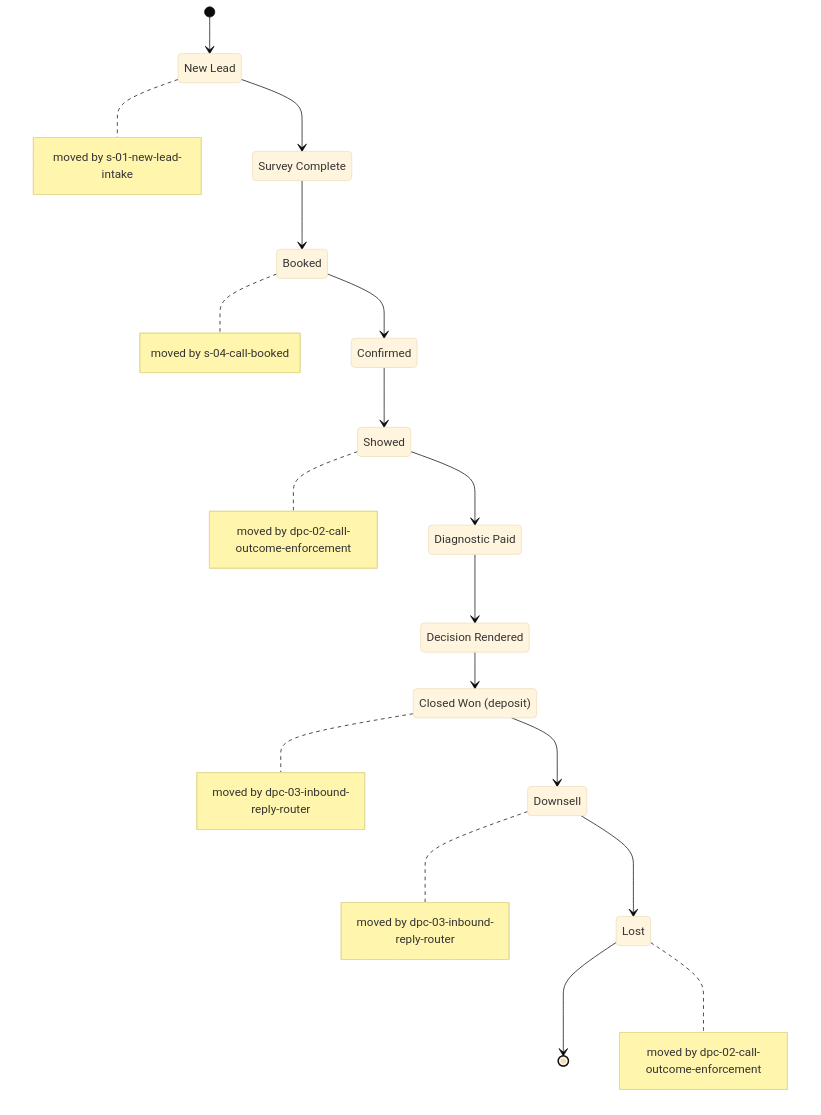
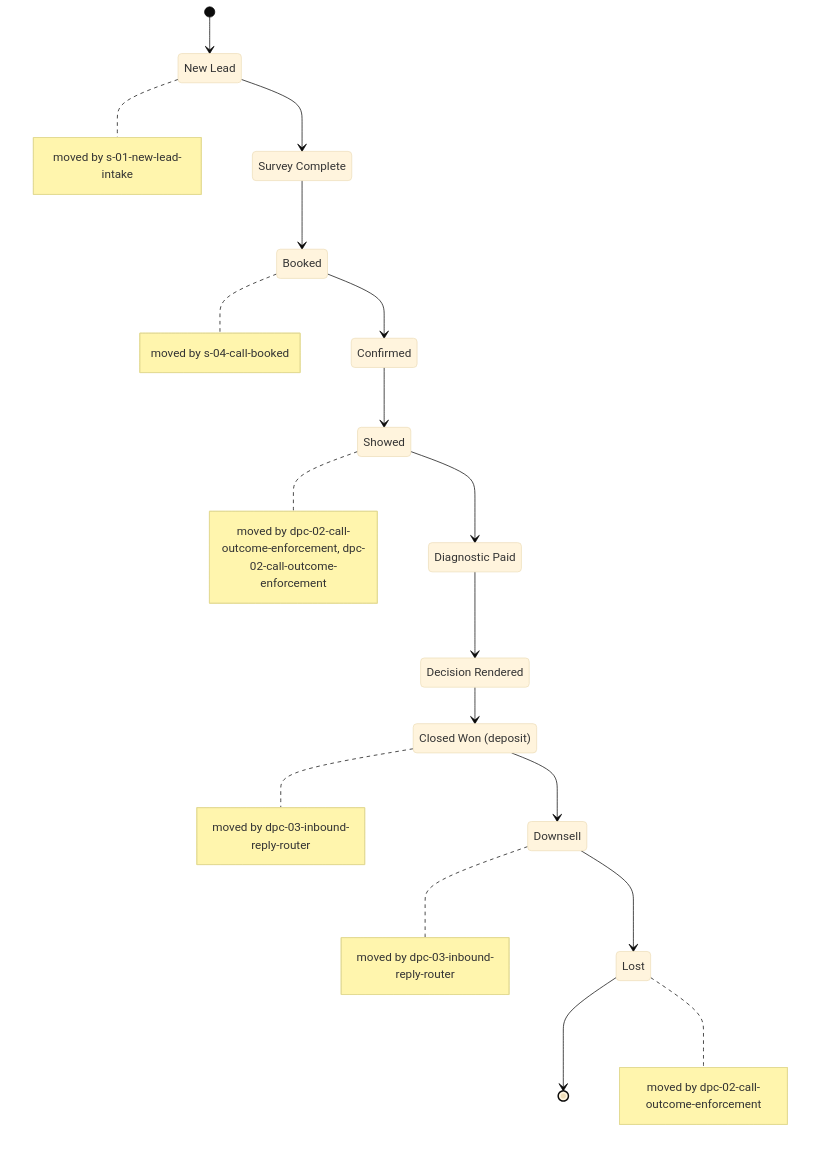
One commit to ZootimusMaximusSupreme/Fundhub_ai changed the diagram in docs/diagrams/rails/sales.md. Above: the diagram before and after it, drawn with Mermaid (base theme). The commit also changed other lines of this file and 23 other files, not shown here.

First line of the commit message:
WIP k3-showed-call: unfinished, saved before usage limit

````diff
--- a/docs/diagrams/rails/sales.md
+++ b/docs/diagrams/rails/sales.md
@@ -9,31 +9,31 @@
 ```mermaid
 stateDiagram-v2
     state "New Lead" as new_lead
     state "Survey Complete" as survey_complete
     state "Booked" as booked
     state "Confirmed" as confirmed
     state "Showed" as showed
     state "Diagnostic Paid" as diagnostic_paid
     state "Decision Rendered" as decision_rendered
     state "Closed Won (deposit)" as closed_won
     state "Downsell" as downsell
     state "Lost" as lost
 
     [*] --> new_lead
     new_lead --> survey_complete
     survey_complete --> booked
     booked --> confirmed
     confirmed --> showed
     showed --> diagnostic_paid
     diagnostic_paid --> decision_rendered
     decision_rendered --> closed_won
     closed_won --> downsell
     downsell --> lost
     lost --> [*]
-    note right of showed : moved by dpc-02-call-outcome-enforcement
+    note right of showed : moved by dpc-02-call-outcome-enforcement, dpc-02-call-outcome-enforcement
     note right of lost : moved by dpc-02-call-outcome-enforcement
     note right of closed_won : moved by dpc-03-inbound-reply-router
     note right of downsell : moved by dpc-03-inbound-reply-router
     note right of new_lead : moved by s-01-new-lead-intake
     note right of booked : moved by s-04-call-booked
 ```
````
